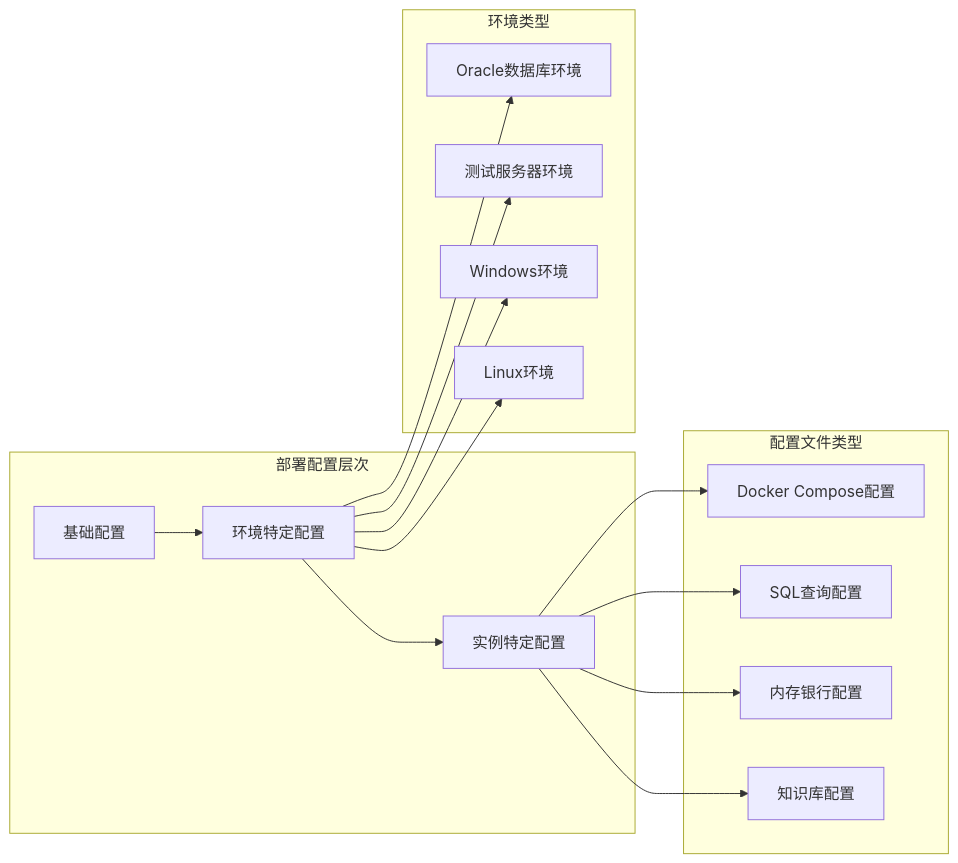
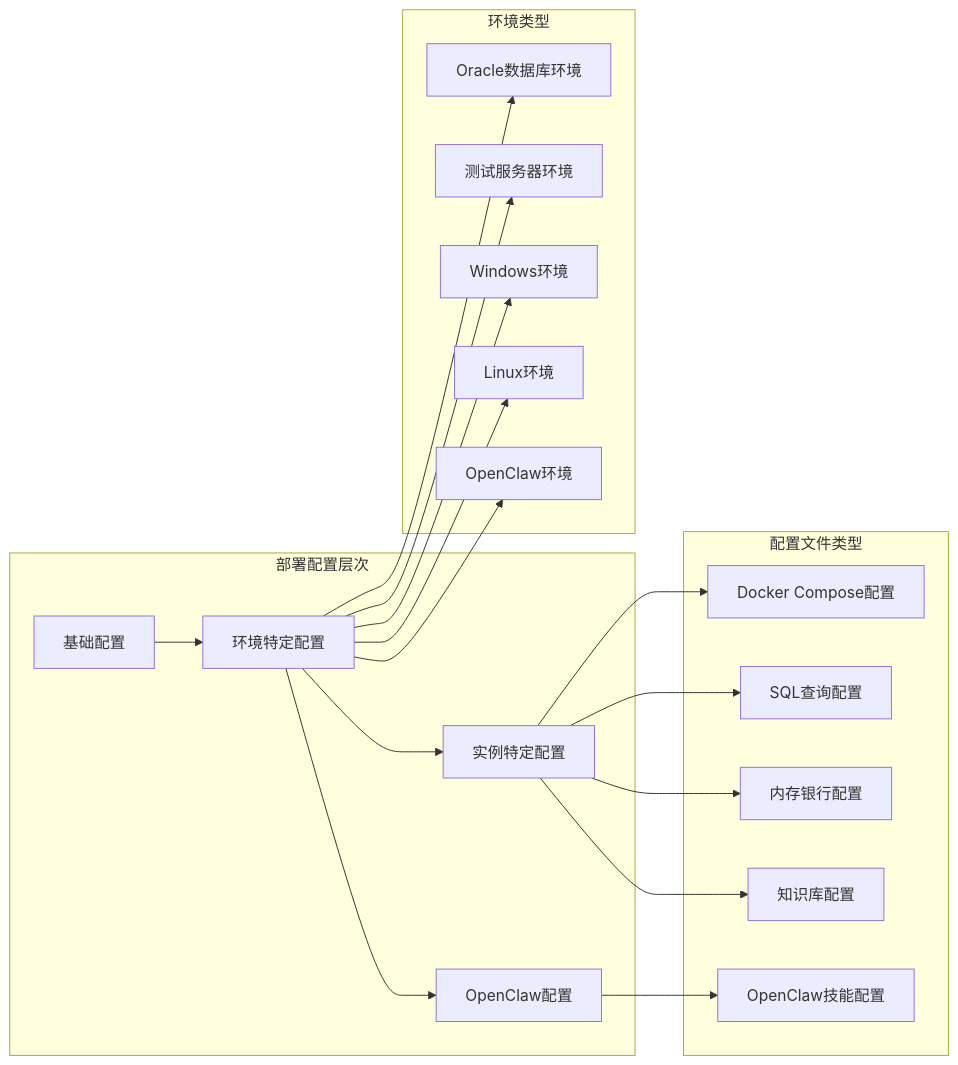
Before and after one commit to liuzh2008/med_ai_assistant_workspace: diagram 15 of 15 in .qoder/repowiki/zh/content/Update Summary/Update Summary.md, drawn with Mermaid. The commit also changed other lines of this file and 5 other files, not shown here.

````diff
--- a/.qoder/repowiki/zh/content/Update Summary/Update Summary.md
+++ b/.qoder/repowiki/zh/content/Update Summary/Update Summary.md
@@ -622,30 +835,36 @@
 ```mermaid
 graph LR
 subgraph "部署配置层次"
 BaseConfig[基础配置]
 EnvSpecific[环境特定配置]
 InstanceSpecific[实例特定配置]
+OpenClawConfig[OpenClaw配置]
 end
 subgraph "环境类型"
 Oracle[Oracle数据库环境]
 TestServer[测试服务器环境]
 Windows[Windows环境]
 Linux[Linux环境]
+OpenClawEnv[OpenClaw环境]
 end
 subgraph "配置文件类型"
 DockerCompose[Docker Compose配置]
 SQLQueries[SQL查询配置]
 MemoryBank[内存银行配置]
 KnowledgeBase[知识库配置]
+OpenClawSkill[OpenClaw技能配置]
 end
 BaseConfig --> EnvSpecific
 EnvSpecific --> InstanceSpecific
+EnvSpecific --> OpenClawConfig
 EnvSpecific --> Oracle
 EnvSpecific --> TestServer
 EnvSpecific --> Windows
 EnvSpecific --> Linux
+EnvSpecific --> OpenClawEnv
 InstanceSpecific --> DockerCompose
 InstanceSpecific --> SQLQueries
 InstanceSpecific --> MemoryBank
 InstanceSpecific --> KnowledgeBase
+OpenClawConfig --> OpenClawSkill
 ```
````
